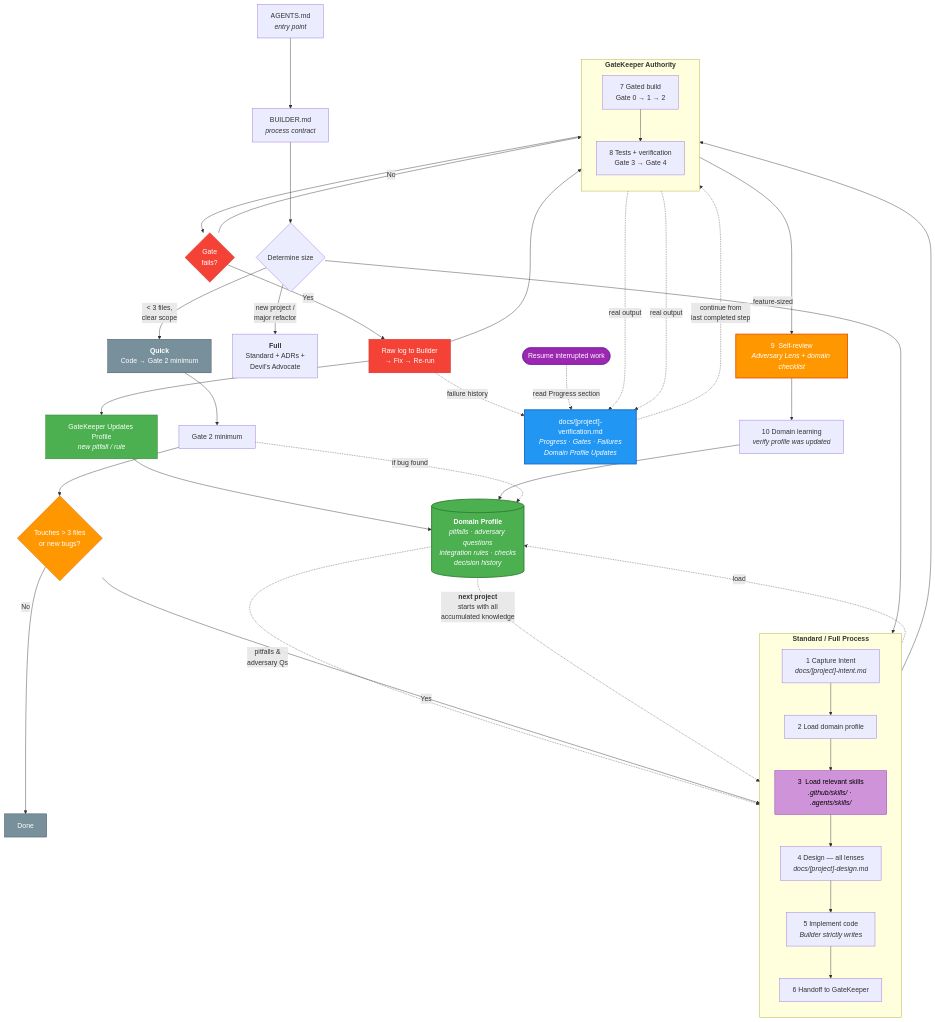
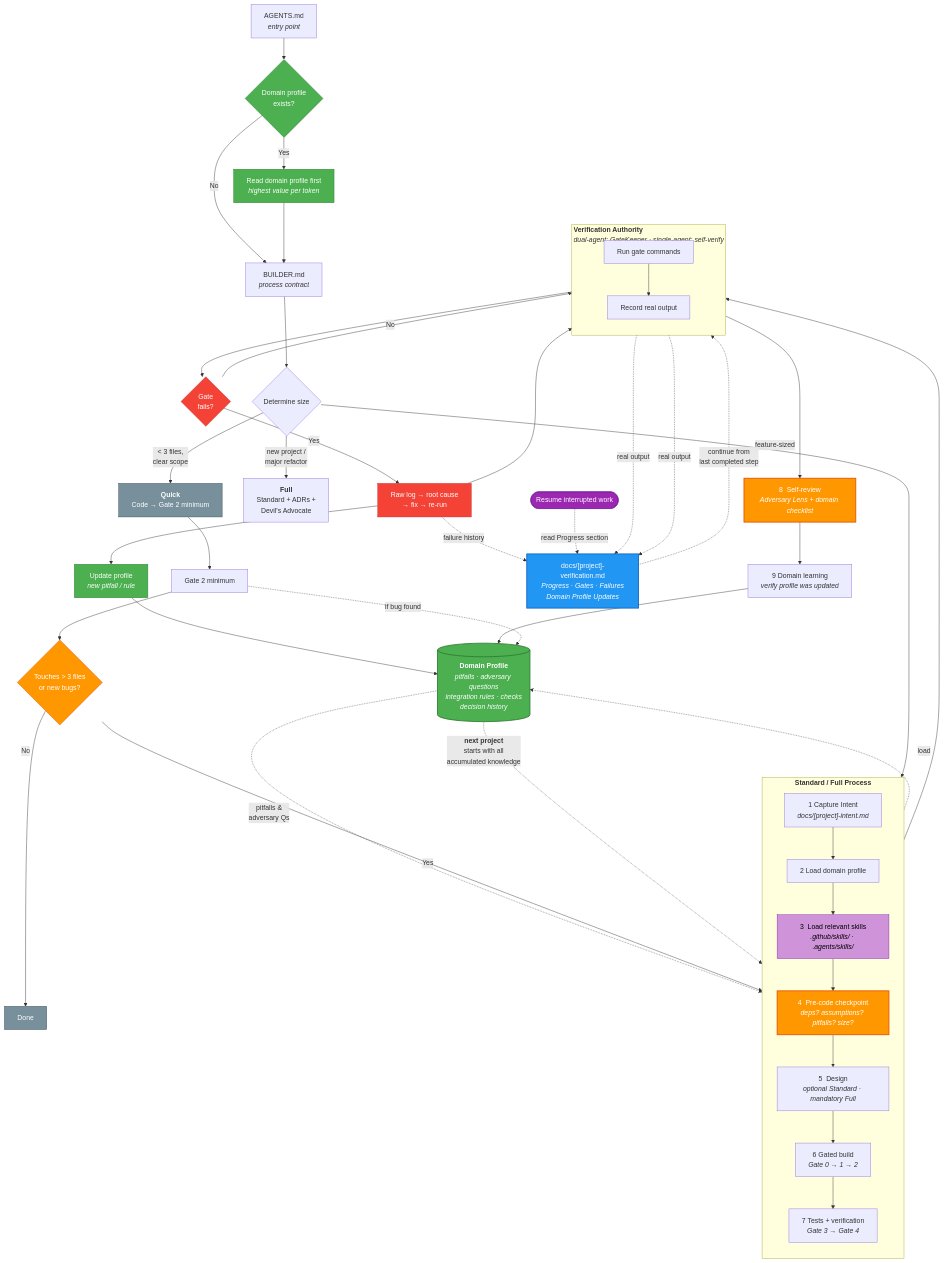
The diagram in README.md (oscarmarina/agent-kit), drawn with Mermaid before and after one commit. The commit also changed other lines of this file and 11 other files, not shown here.

````diff
--- a/README.md
+++ b/README.md
@@ -16,9 +16,12 @@
 ```mermaid
 graph TB
-    %% ── Entry ──
+    %% ── Entry & Reading Order ──
     AGENTS["AGENTS.md<br/><i>entry point</i>"]
-    BUILDER["BUILDER.md<br/><i>process contract</i>"]
-    AGENTS --> BUILDER
+    HAS_PROFILE{"Domain profile<br/>exists?"}
+    AGENTS --> HAS_PROFILE
+    HAS_PROFILE -->|"Yes"| READ_PROFILE["Read domain profile first<br/><i>highest value per token</i>"]
+    HAS_PROFILE -->|"No"| BUILDER
+    READ_PROFILE --> BUILDER["BUILDER.md<br/><i>process contract</i>"]
 
     %% ── Sizing ──
     BUILDER --> SIZE{Determine size}
@@ -26,28 +29,30 @@
     SIZE -->|"feature-sized"| STANDARD
     SIZE -->|"new project /<br/>major refactor"| FULL["<b>Full</b><br/>Standard + ADRs +<br/>Devil's Advocate"]
 
-    %% ── Standard flow ──
+    %% ── Standard flow (steps match BUILDER.md) ──
     subgraph STANDARD ["<b>Standard / Full Process</b>"]
         direction TB
         INTENT["1  Capture Intent<br/><i>docs/[project]-intent.md</i>"]
         LOAD_PROFILE["2  Load domain profile"]
         LOAD_SKILLS["3  Load relevant skills<br/><i>.github/skills/ · .agents/skills/</i>"]
-        DESIGN["4  Design — all lenses<br/><i>docs/[project]-design.md</i>"]
-        WRITE_CODE["5  Implement code<br/><i>Builder strictly writes</i>"]
-        HANDOFF["6  Handoff to GateKeeper"]
+        CHECKPOINT["4  Pre-code checkpoint<br/><i>deps? assumptions? pitfalls? size?</i>"]
+        DESIGN["5  Design<br/><i>optional Standard · mandatory Full</i>"]
+        WRITE_CODE["6  Gated build<br/><i>Gate 0 → 1 → 2</i>"]
+        HANDOFF["7  Tests + verification<br/><i>Gate 3 → Gate 4</i>"]
 
         INTENT --> LOAD_PROFILE
         LOAD_PROFILE --> LOAD_SKILLS
-        LOAD_SKILLS --> DESIGN
+        LOAD_SKILLS --> CHECKPOINT
+        CHECKPOINT --> DESIGN
         DESIGN --> WRITE_CODE
         WRITE_CODE --> HANDOFF
     end
 
-    %% ── Verification Loop (GateKeeper) ──
-    subgraph VERIFICATION ["<b>GateKeeper Authority</b>"]
+    %% ── Verification Loop ──
+    subgraph VERIFICATION ["<b>Verification Authority</b><br/><i>dual-agent: GateKeeper · single-agent: self-verify</i>"]
         direction TB
-        GATES["7  Gated build<br/>Gate 0 → 1 → 2"]
-        TESTS["8  Tests + verification<br/>Gate 3 → Gate 4"]
+        GATES["Run gate commands"]
+        TESTS["Record real output"]
         GATES --> TESTS
     end
 
@@ -58,19 +63,19 @@
 
     %% ── Connections to/from profile ──
     LOAD_PROFILE -. "load" .-> DP
-    DP -. "pitfalls &<br/>adversary Qs" .-> DESIGN
+    DP -. "pitfalls &<br/>adversary Qs" .-> CHECKPOINT
 
     %% ── Gate failure loop ──
     GATES --> FAIL{"Gate<br/>fails?"}
-    FAIL -->|"Yes"| FIX["Raw log to Builder<br/>→ Fix → Re-run"]
-    FIX --> UPDATE_PROFILE["GateKeeper Updates Profile<br/><i>new pitfall / rule</i>"]
+    FAIL -->|"Yes"| FIX["Raw log → root cause<br/>→ fix → re-run"]
+    FIX --> UPDATE_PROFILE["Update profile<br/><i>new pitfall / rule</i>"]
     UPDATE_PROFILE --> DP
     FIX --> GATES
     FAIL -->|"No"| TESTS
 
     %% ── Learning cycle ──
-    TESTS --> REVIEW["9  Self-review<br/><i>Adversary Lens + domain checklist</i>"]
-    REVIEW --> LEARNING["10  Domain learning<br/><i>verify profile was updated</i>"]
+    TESTS --> REVIEW["8  Self-review<br/><i>Adversary Lens + domain checklist</i>"]
+    REVIEW --> LEARNING["9  Domain learning<br/><i>verify profile was updated</i>"]
     LEARNING --> DP
 
     %% ── Verification log ──
@@ -98,10 +103,13 @@
     style DP fill:#4CAF50,color:#fff,stroke:#2E7D32,stroke-width:2px
     style VLOG fill:#2196F3,color:#fff,stroke:#1565C0,stroke-width:2px
     style REVIEW fill:#FF9800,color:#fff,stroke:#E65100,stroke-width:2px
+    style CHECKPOINT fill:#FF9800,color:#fff,stroke:#E65100,stroke-width:2px
     style FAIL fill:#f44336,color:#fff,stroke:#c62828
     style FIX fill:#f44336,color:#fff,stroke:#c62828
     style UPDATE_PROFILE fill:#4CAF50,color:#fff,stroke:#2E7D32
     style LOAD_SKILLS fill:#CE93D8,color:#000,stroke:#8E24AA,stroke-width:1px
+    style HAS_PROFILE fill:#4CAF50,color:#fff,stroke:#2E7D32
+    style READ_PROFILE fill:#4CAF50,color:#fff,stroke:#2E7D32
     style RESUME fill:#9C27B0,color:#fff,stroke:#6A1B9A
     style QUICK fill:#78909C,color:#fff,stroke:#37474F
     style QUICK_DONE fill:#78909C,color:#fff,stroke:#37474F
````
